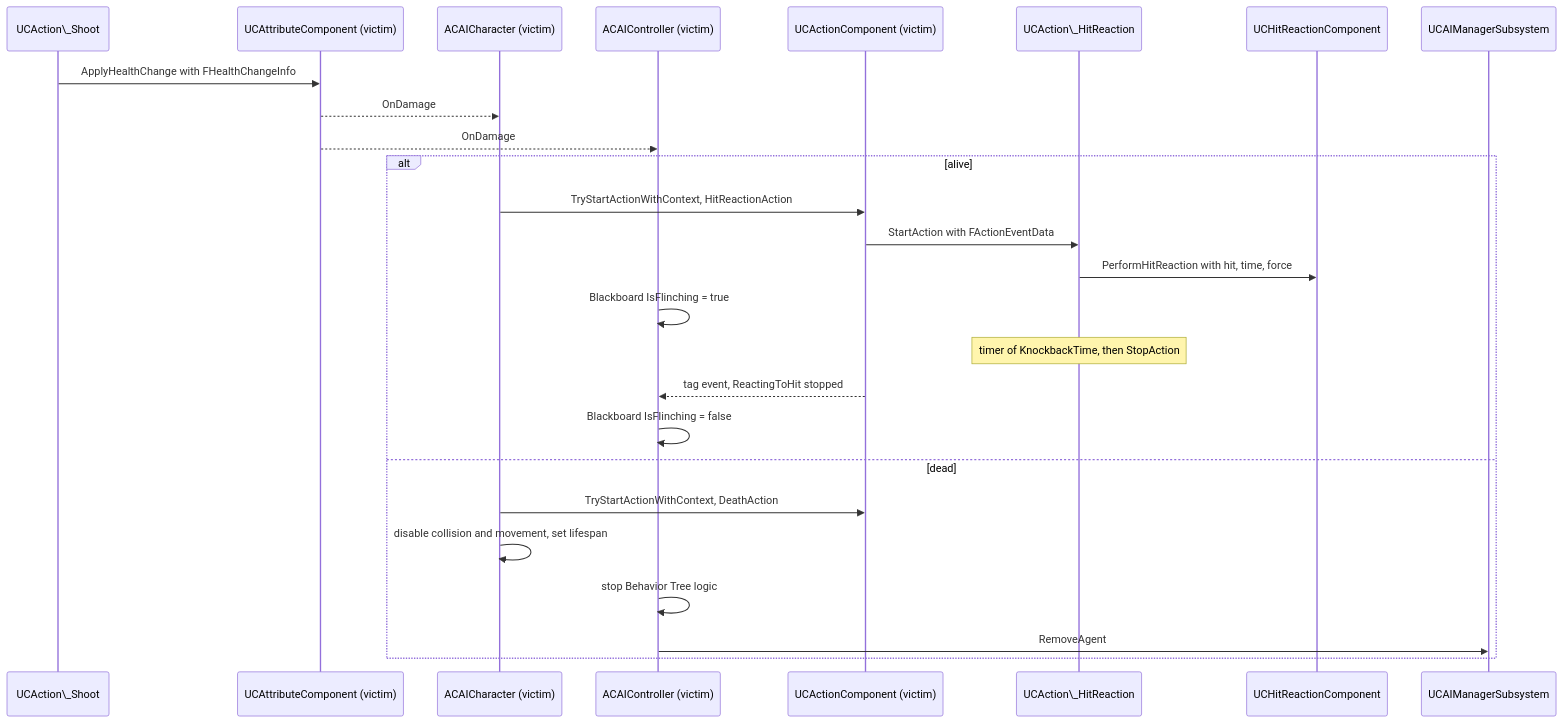
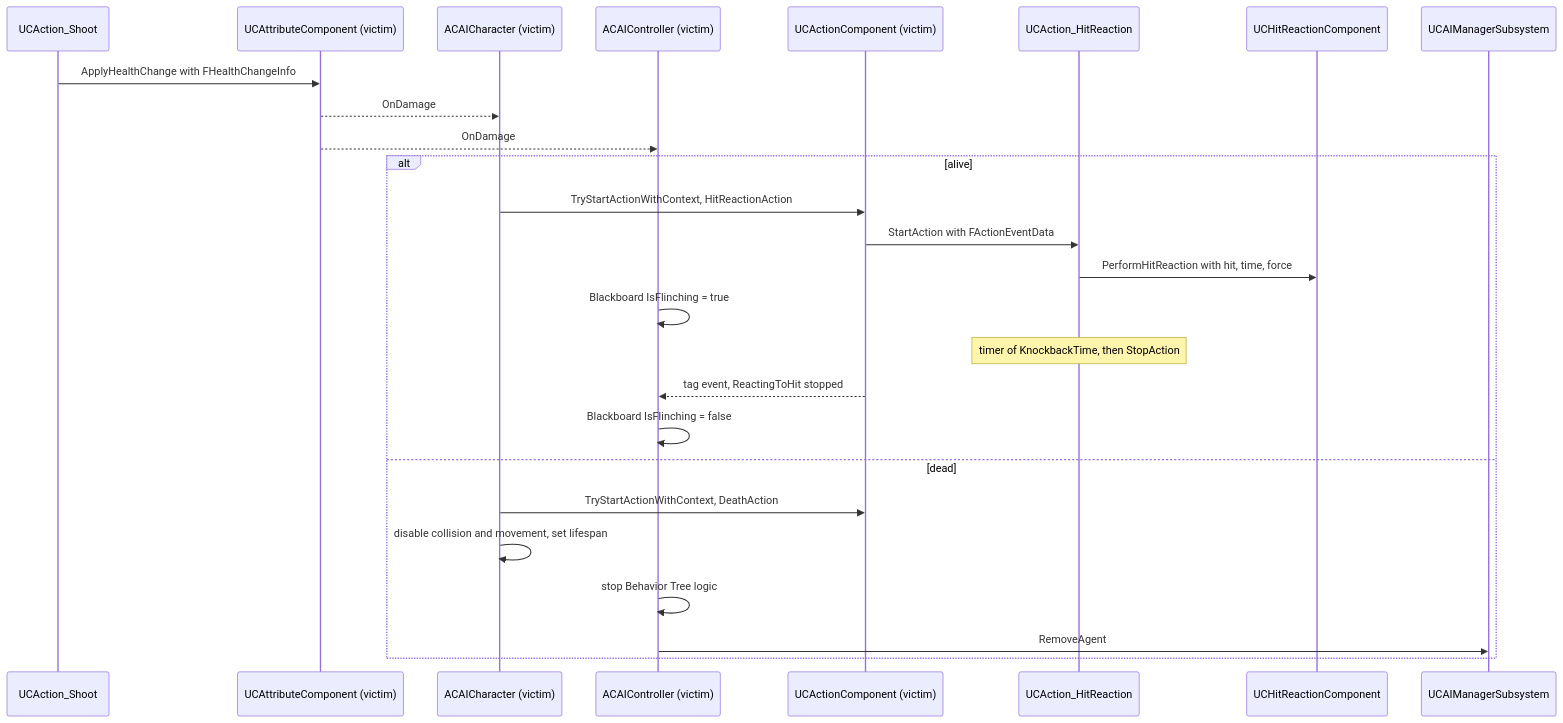
The second of 3 diagrams in README.md (o4thbreaker/ClarityShooter_UE5), drawn with Mermaid before and after one commit. The commit also changed other lines of this file and 1 other file, not shown here.

````diff
--- a/README.md
+++ b/README.md
@@ -389,30 +389,30 @@
 ```mermaid
 sequenceDiagram
-    participant Shoot as UCAction\_Shoot
+    participant Shoot as UCAction_Shoot
     participant Attr as UCAttributeComponent (victim)
     participant Char as ACAICharacter (victim)
     participant Ctrl as ACAIController (victim)
     participant Act as UCActionComponent (victim)
-    participant HRA as UCAction\_HitReaction
+    participant HRA as UCAction_HitReaction
     participant Hit as UCHitReactionComponent
     participant Mgr as UCAIManagerSubsystem
 
     Shoot->>Attr: ApplyHealthChange with FHealthChangeInfo
     Attr-->>Char: OnDamage
     Attr-->>Ctrl: OnDamage
     alt alive
         Char->>Act: TryStartActionWithContext, HitReactionAction
         Act->>HRA: StartAction with FActionEventData
         HRA->>Hit: PerformHitReaction with hit, time, force
         Ctrl->>Ctrl: Blackboard IsFlinching = true
         Note over HRA: timer of KnockbackTime, then StopAction
         Act-->>Ctrl: tag event, ReactingToHit stopped
         Ctrl->>Ctrl: Blackboard IsFlinching = false
     else dead
         Char->>Act: TryStartActionWithContext, DeathAction
         Char->>Char: disable collision and movement, set lifespan
         Ctrl->>Ctrl: stop Behavior Tree logic
         Ctrl->>Mgr: RemoveAgent
         %% TODO: confirm who triggers the full ragdoll in UCHitReactionComponent on death
     end
 ```
````
